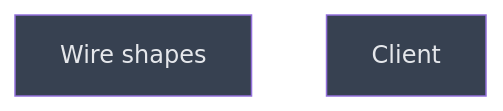
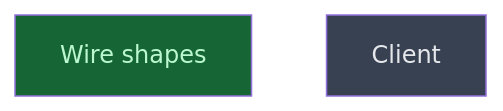
Before and after one commit to CrackingShells/Candler: the diagram in __roadmap__/m5-container-isolation/README.md, drawn with Mermaid. The commit also changed other lines of this file and 1 other file, not shown here.

````diff
--- a/__roadmap__/m5-container-isolation/README.md
+++ b/__roadmap__/m5-container-isolation/README.md
@@ -135,10 +135,10 @@
 ```mermaid
 graph TD
-    wire_shapes[Wire shapes]:::planned
+    wire_shapes[Wire shapes]:::done
     client[Client]:::planned
     classDef done       fill:#166534,color:#bbf7d0
     classDef inprogress fill:#854d0e,color:#fef08a
     classDef planned    fill:#374151,color:#e5e7eb
     classDef amendment  fill:#1e3a5f,color:#bfdbfe
     classDef blocked    fill:#7f1d1d,color:#fecaca
 ```
````
